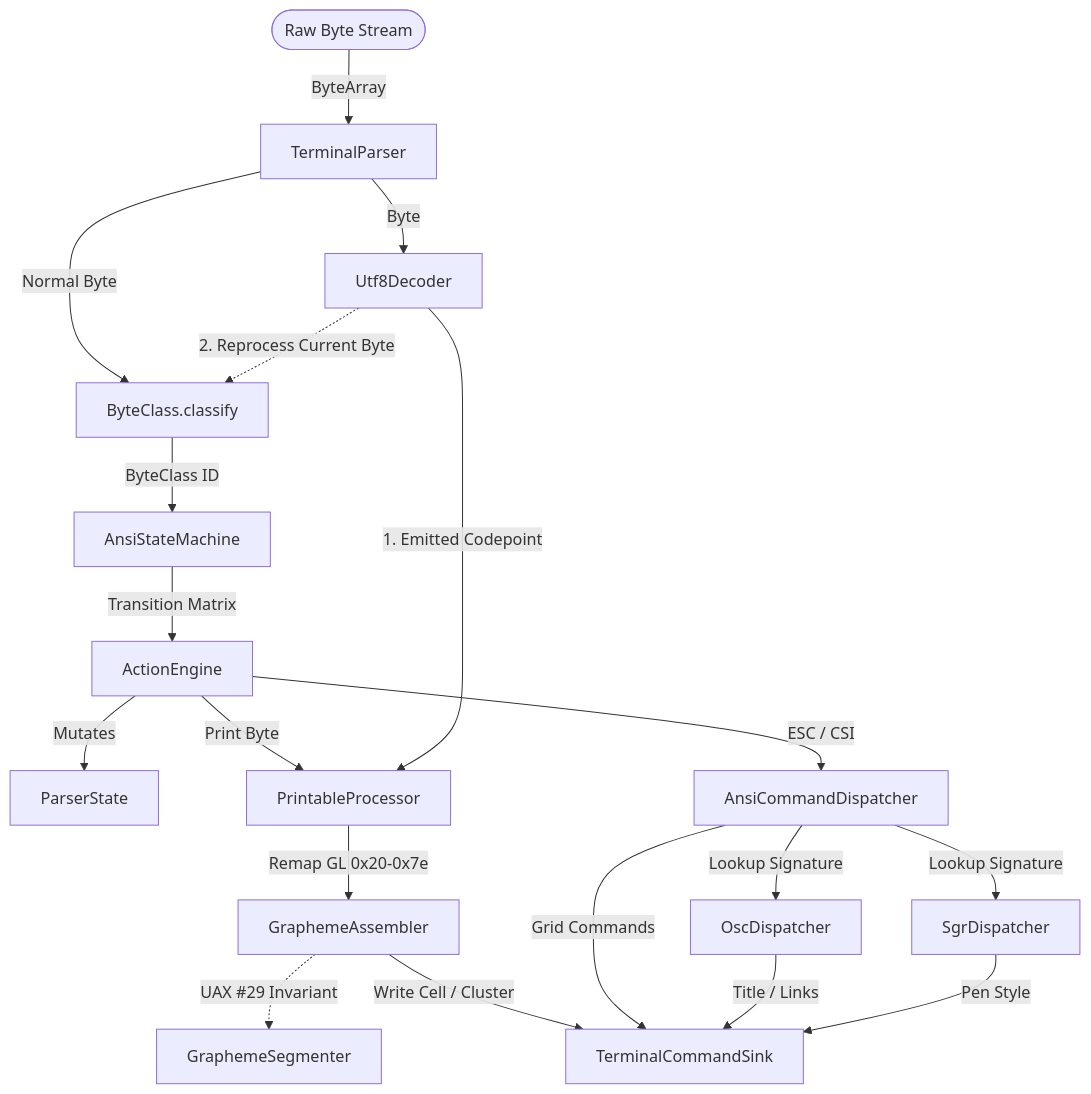
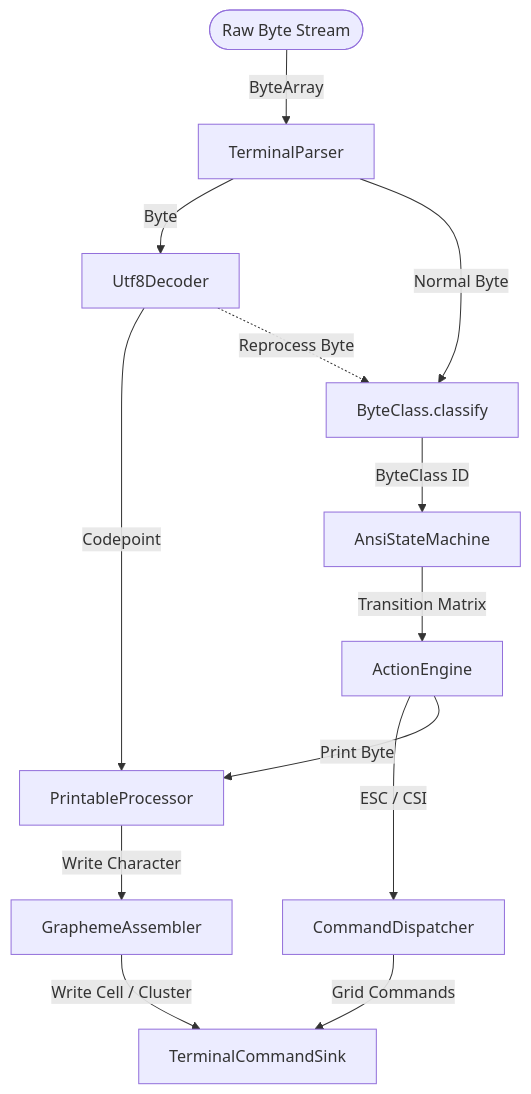
Before and after one commit to ketraterm/KetraTerm: the diagram in jvterm-parser/README.md, drawn with Mermaid. The commit also changed other lines of this file and 29 other files, not shown here.

````diff
--- a/jvterm-parser/README.md
+++ b/jvterm-parser/README.md
@@ -18,48 +18,26 @@
 ```mermaid
 graph TD
-    %% Node definitions
     PTY([Raw Byte Stream])
     Parser[TerminalParser]
     UTF8[Utf8Decoder]
     ByteClass[ByteClass.classify]
     FSM[AnsiStateMachine]
-    State[ParserState]
     Engine[ActionEngine]
-    Dispatcher[AnsiCommandDispatcher]
-    SgrDisp[SgrDispatcher]
-    OscDisp[OscDispatcher]
+    Dispatcher[CommandDispatcher]
     PrintProc[PrintableProcessor]
     GAssembler[GraphemeAssembler]
-    GSegmenter[GraphemeSegmenter]
     Sink[TerminalCommandSink]
 
-    %% Data flow
     PTY -->|ByteArray| Parser
     Parser -->|Byte| UTF8
-    
-    %% UTF-8 path
-    UTF8 -->|1. Emitted Codepoint| PrintProc
-    UTF8 -.->|2. Reprocess Current Byte| ByteClass
-    
-    %% ANSI FSM path
+    UTF8 -->|Codepoint| PrintProc
+    UTF8 -.->|Reprocess Byte| ByteClass
     Parser -->|Normal Byte| ByteClass
     ByteClass -->|ByteClass ID| FSM
     FSM -->|Transition Matrix| Engine
-    Engine -->|Mutates| State
-    
-    %% Structural Path
     Engine -->|ESC / CSI| Dispatcher
-    Dispatcher -->|Lookup Signature| SgrDisp
-    Dispatcher -->|Lookup Signature| OscDisp
-    
-    %% Sinks
-    SgrDisp -->|Pen Style| Sink
-    OscDisp -->|Title / Links| Sink
     Dispatcher -->|Grid Commands| Sink
-    
-    %% Printable Path
     Engine -->|Print Byte| PrintProc
-    PrintProc -->|Remap GL 0x20-0x7e| GAssembler
-    GAssembler -.->|UAX #29 Invariant| GSegmenter
+    PrintProc -->|Write Character| GAssembler
     GAssembler -->|Write Cell / Cluster| Sink
 ```
````
